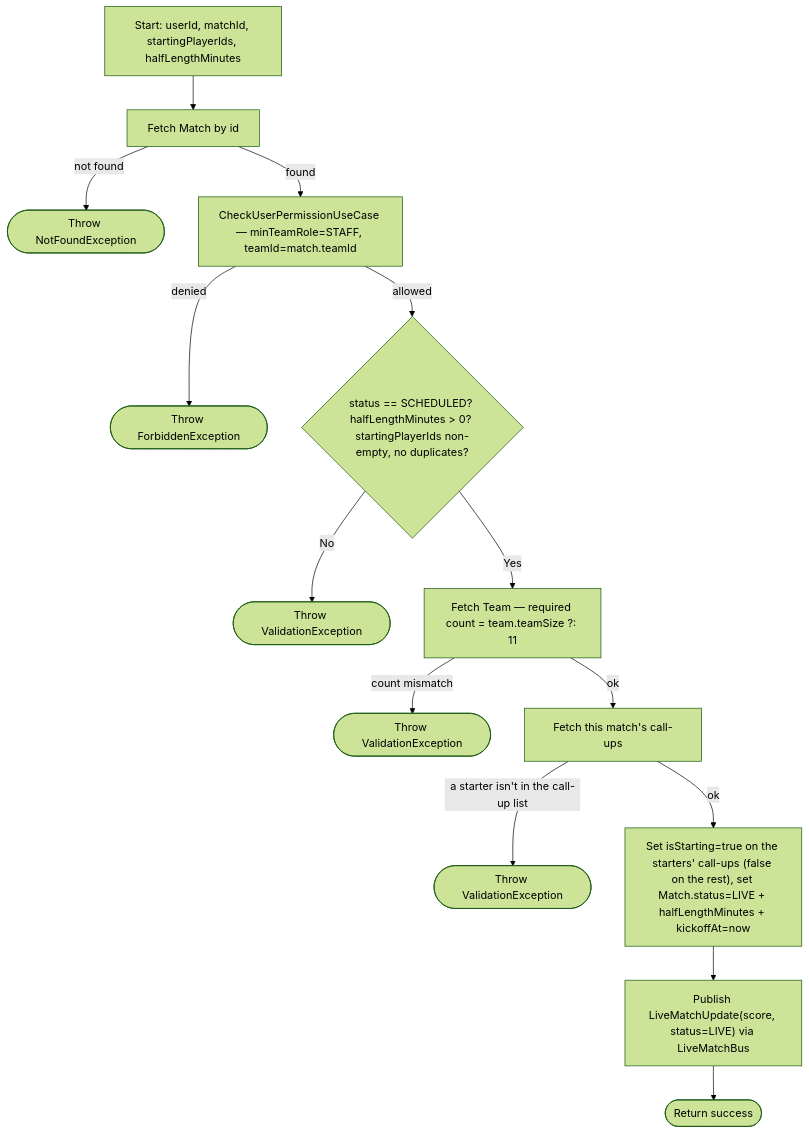
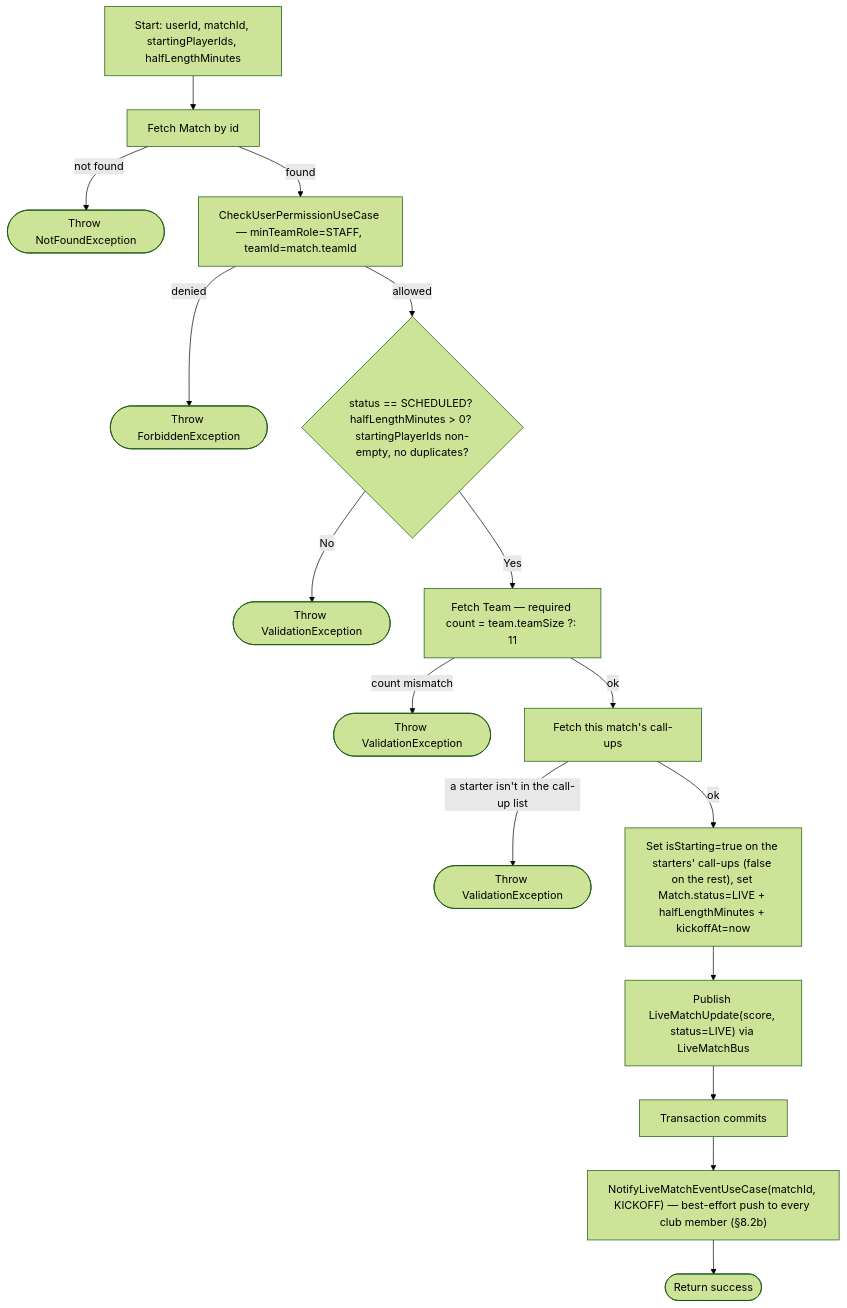
One commit to ricardofrango/squadify changed diagram 38 of 48 in PROCESS_FLOWS.md. Above: the diagram before and after it, drawn with Mermaid (forest theme). The commit also changed other lines of this file and 15 other files, not shown here.

````diff
--- a/PROCESS_FLOWS.md
+++ b/PROCESS_FLOWS.md
@@ -804,16 +804,18 @@
 ```mermaid
 graph TD
     A[Start: userId, matchId, startingPlayerIds, halfLengthMinutes] --> B[Fetch Match by id]
     B -- not found --> N(["Throw NotFoundException"])
     B -- found --> C[CheckUserPermissionUseCase — minTeamRole=STAFF, teamId=match.teamId]
     C -- denied --> F(["Throw ForbiddenException"])
     C -- allowed --> D{"status == SCHEDULED? halfLengthMinutes > 0? startingPlayerIds non-empty, no duplicates?"}
     D -- No --> V1(["Throw ValidationException"])
     D -- Yes --> E[Fetch Team — required count = team.teamSize ?: 11]
     E -- count mismatch --> V2(["Throw ValidationException"])
     E -- ok --> G[Fetch this match's call-ups]
     G -- a starter isn't in the call-up list --> V3(["Throw ValidationException"])
     G -- ok --> H["Set isStarting=true on the starters' call-ups (false on the rest), set Match.status=LIVE + halfLengthMinutes + kickoffAt=now"]
     H --> I["Publish LiveMatchUpdate(score, status=LIVE) via LiveMatchBus"]
-    I --> Z(["Return success"])
+    I --> J["Transaction commits"]
+    J --> K["NotifyLiveMatchEventUseCase(matchId, KICKOFF) — best-effort push to every club member (§8.2b)"]
+    K --> Z(["Return success"])
 ```
````
